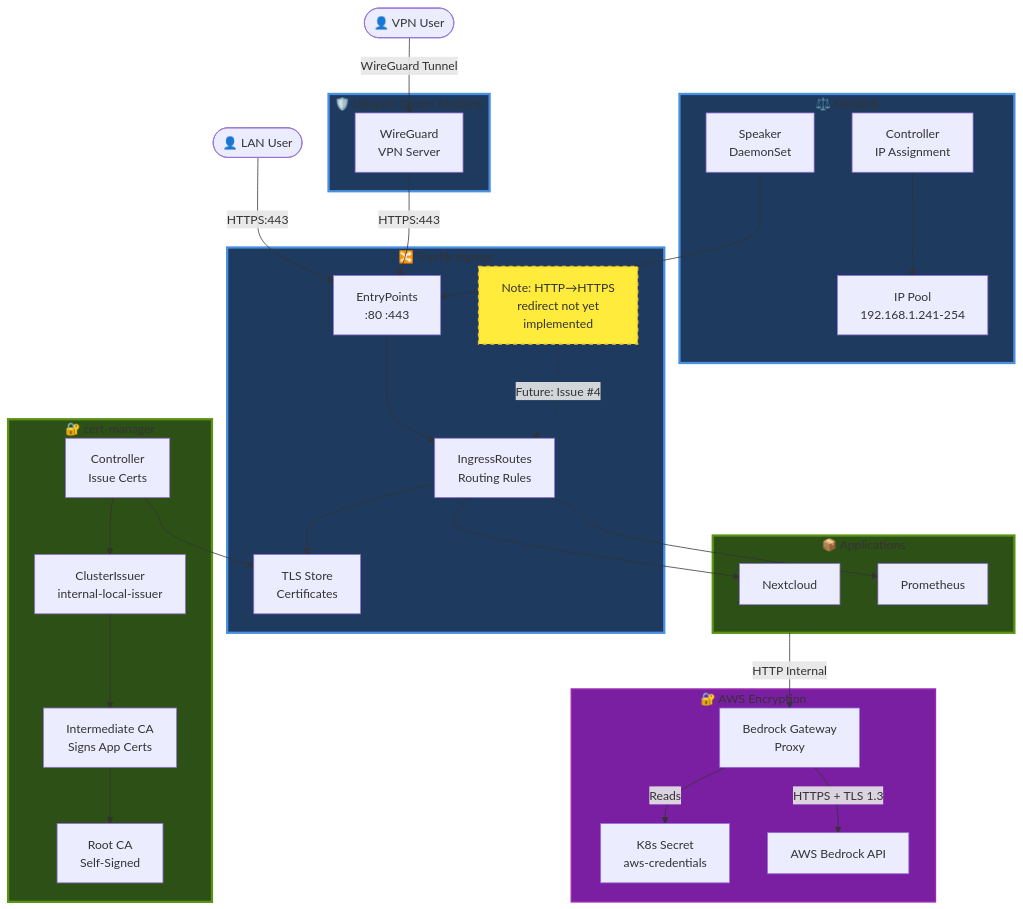
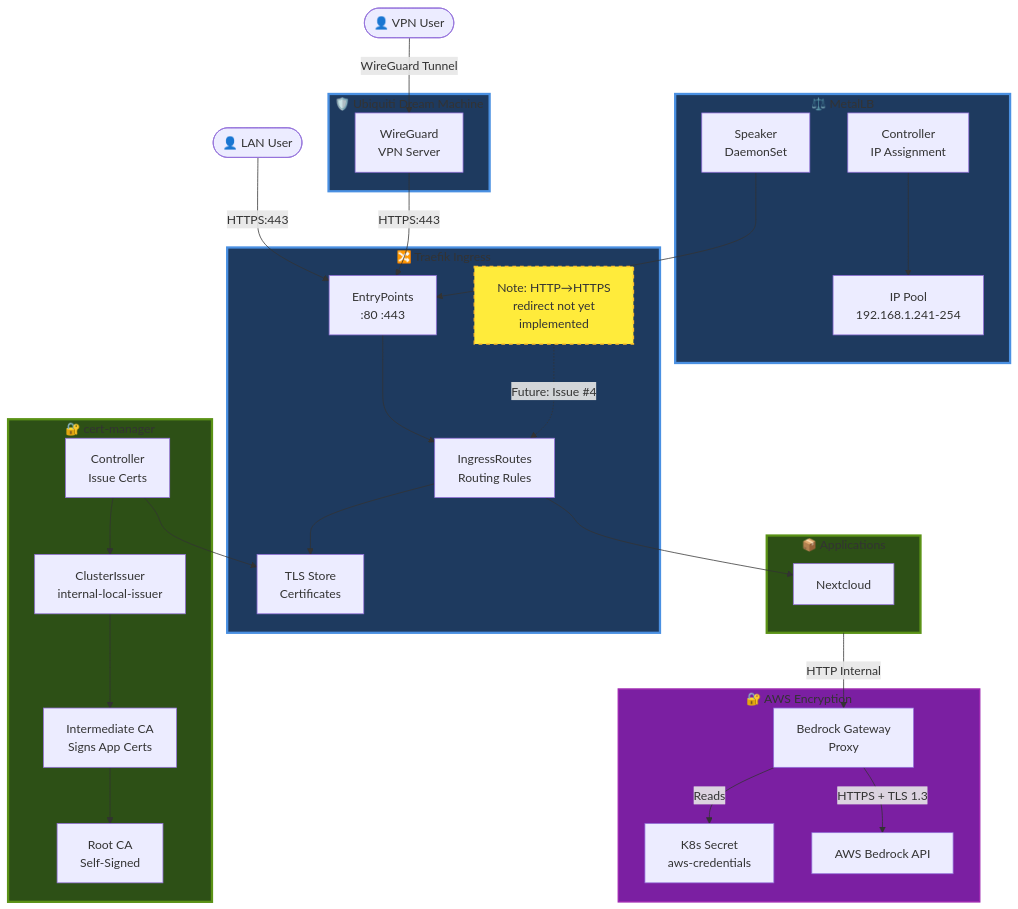
The diagram in docs/wiki/07-Networking-and-Ingress.md (seadogger-tech/seadogger-homelab), drawn with Mermaid before and after one commit. The commit also changed other lines of this file and 18 other files, not shown here.

````diff
--- a/docs/wiki/07-Networking-and-Ingress.md
+++ b/docs/wiki/07-Networking-and-Ingress.md
@@ -64,71 +60,69 @@
 ```mermaid
 graph TB
     LAN([👤 LAN User])
     VPN([👤 VPN User])
 
     subgraph UDM["🛡️ Ubiquiti Dream Machine"]
         WG[WireGuard<br/>VPN Server]
     end
 
     subgraph MetalLB["⚖️ MetalLB"]
         Speaker[Speaker<br/>DaemonSet]
         Controller[Controller<br/>IP Assignment]
         IPPool[IP Pool<br/>192.168.1.241-254]
     end
 
     subgraph Traefik["🔀 Traefik Ingress"]
         EntryPoint[EntryPoints<br/>:80 :443]
         Router[IngressRoutes<br/>Routing Rules]
         TLSStore[TLS Store<br/>Certificates]
         Note1[Note: HTTP→HTTPS<br/>redirect not yet<br/>implemented]
     end
 
     subgraph CertManager["🔐 cert-manager"]
         CMController[Controller<br/>Issue Certs]
         Issuer[ClusterIssuer<br/>internal-local-issuer]
         RootCA[Root CA<br/>Self-Signed]
         IntermediateCA[Intermediate CA<br/>Signs App Certs]
     end
 
     subgraph Apps["📦 Applications"]
         Nextcloud[Nextcloud]
-        Prometheus[Prometheus]
     end
 
     subgraph Encryption["🔐 AWS Encryption"]
         Secret[K8s Secret<br/>aws-credentials]
         BG[Bedrock Gateway<br/>Proxy]
         AWS[AWS Bedrock API]
     end
 
     LAN -->|HTTPS:443| EntryPoint
     VPN -->|WireGuard Tunnel| WG
     WG -->|HTTPS:443| EntryPoint
 
     Controller --> IPPool
     Speaker --> EntryPoint
 
     EntryPoint --> Router
     Router --> TLSStore
     Router --> Nextcloud
-    Router --> Prometheus
 
     Note1 -.->|Future: Issue #4| Router
 
     CMController --> Issuer
     Issuer --> IntermediateCA
     IntermediateCA --> RootCA
     CMController --> TLSStore
 
     Apps -->|HTTP Internal| BG
     BG -->|Reads| Secret
     BG -->|HTTPS + TLS 1.3| AWS
 
     style UDM fill:#1e3a5f,stroke:#4a90e2,stroke-width:3px
     style MetalLB fill:#1e3a5f,stroke:#4a90e2,stroke-width:3px
     style Traefik fill:#1e3a5f,stroke:#4a90e2,stroke-width:3px
     style CertManager fill:#2d5016,stroke:#5a9216,stroke-width:3px
     style Apps fill:#2d5016,stroke:#5a9216,stroke-width:3px
     style Encryption fill:#7b1fa2,stroke:#9c27b0,stroke-width:2px
     style Note1 fill:#ffeb3b,stroke:#fbc02d,stroke-width:2px,stroke-dasharray: 5 5
 ```
````
